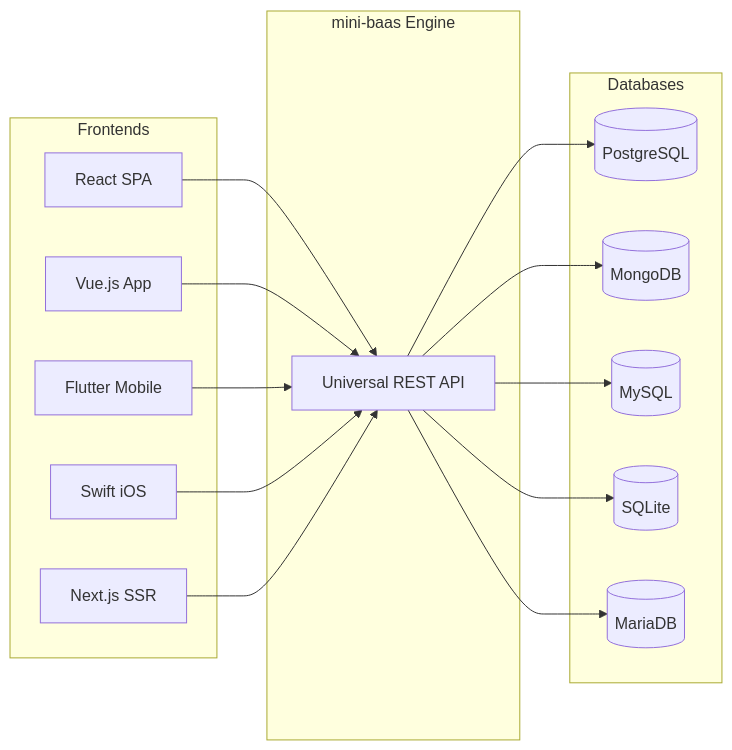
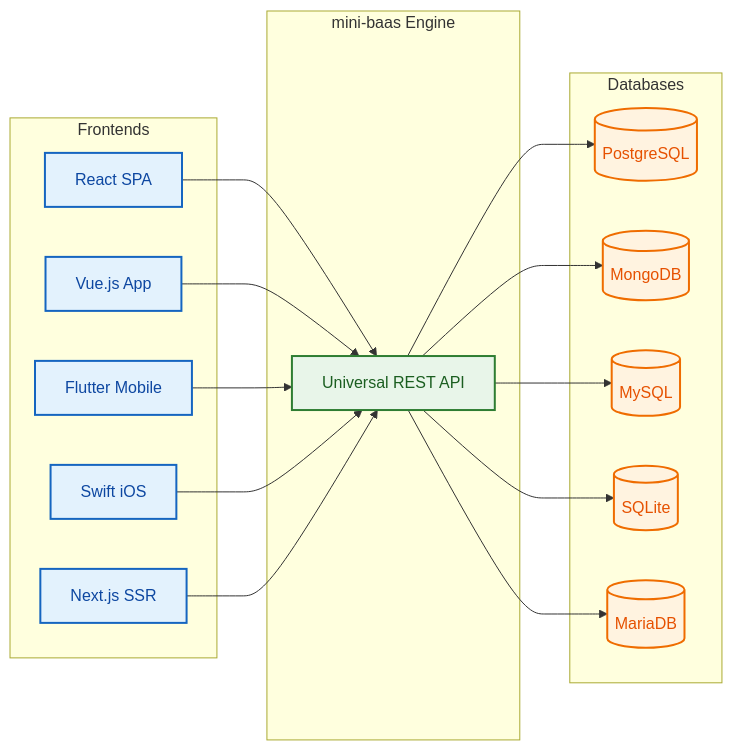
The first of 18 diagrams in docs/strategy/dylan.md (Univers42/mini-baas), drawn with Mermaid before and after one commit. The commit also changed other lines of this file and 1 other file, not shown here.

Commit message:
docs(strategy): Add diagrams, update diagrams colors to help the reader lecture

````diff
--- a/docs/strategy/dylan.md
+++ b/docs/strategy/dylan.md
@@ -108,33 +134,41 @@
 ```mermaid
 graph LR
     subgraph Frontends
         A[React SPA]
         B[Vue.js App]
         C[Flutter Mobile]
         D[Swift iOS]
         E[Next.js SSR]
     end
 
     subgraph mini-baas Engine
         F[Universal REST API]
     end
 
     subgraph Databases
         G[(PostgreSQL)]
         H[(MongoDB)]
         I[(MySQL)]
         J[(SQLite)]
         K[(MariaDB)]
     end
 
     A --> F
     B --> F
     C --> F
     D --> F
     E --> F
     F --> G
     F --> H
     F --> I
     F --> J
     F --> K
+
+    classDef frontend fill:#E3F2FD,stroke:#1565C0,stroke-width:2px,color:#0D47A1;
+    classDef engine fill:#E8F5E9,stroke:#2E7D32,stroke-width:2px,color:#1B5E20;
+    classDef database fill:#FFF3E0,stroke:#EF6C00,stroke-width:2px,color:#E65100;
+
+    class A,B,C,D,E frontend;
+    class F engine;
+    class G,H,I,J,K database;
 ```
````
